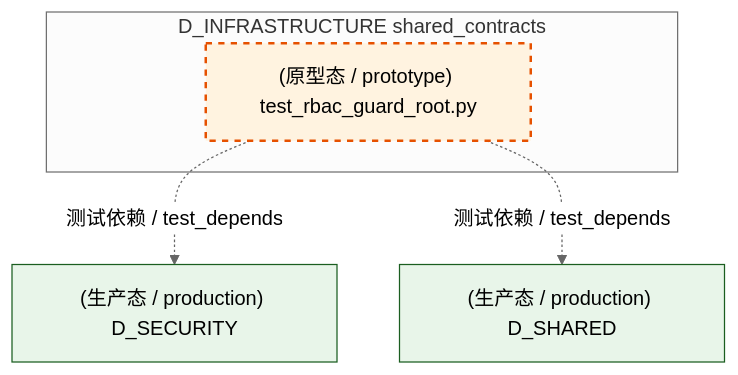
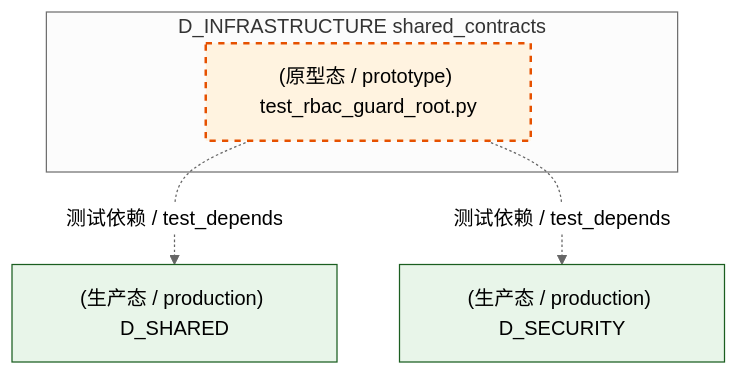
The third of 6 diagrams in docs/02_enterprise_architecture/02_domain_architecture_docs/62_d_infrastructure.md (xuanFelixVan/ZephyrAlpha), drawn with Mermaid (neutral theme) before and after one commit. The commit also changed other lines of this file and 126 other files, not shown here.

````diff
--- a/docs/02_enterprise_architecture/02_domain_architecture_docs/62_d_infrastructure.md
+++ b/docs/02_enterprise_architecture/02_domain_architecture_docs/62_d_infrastructure.md
@@ -301,16 +299,16 @@
 ```mermaid
 graph TD
     subgraph D_INFRASTRUCTURE["D_INFRASTRUCTURE shared_contracts"]
         tests_contracts_test_rbac_guard_root_py["(原型态 / prototype) test_rbac_guard_root.py"]
     end
+    D_SHARED["(生产态 / production) D_SHARED"]
+    tests_contracts_test_rbac_guard_root_py -.->|测试依赖 / test_depends| D_SHARED
     D_SECURITY["(生产态 / production) D_SECURITY"]
     tests_contracts_test_rbac_guard_root_py -.->|测试依赖 / test_depends| D_SECURITY
-    D_SHARED["(生产态 / production) D_SHARED"]
-    tests_contracts_test_rbac_guard_root_py -.->|测试依赖 / test_depends| D_SHARED
     classDef production fill:#e1f5fe,stroke:#01579b,stroke-width:2px,color:#000
     classDef design fill:#fff3e0,stroke:#e65100,stroke-width:2px,color:#000,stroke-dasharray: 5 5
     classDef external_prod fill:#e8f5e9,stroke:#1b5e20,stroke-width:1px,color:#000
     classDef external_design fill:#fce4ec,stroke:#880e4f,stroke-width:1px,color:#000,stroke-dasharray: 5 5
     class tests_contracts_test_rbac_guard_root_py design
-    class D_SECURITY,D_SHARED external_prod
+    class D_SHARED,D_SECURITY external_prod
 ```
````
